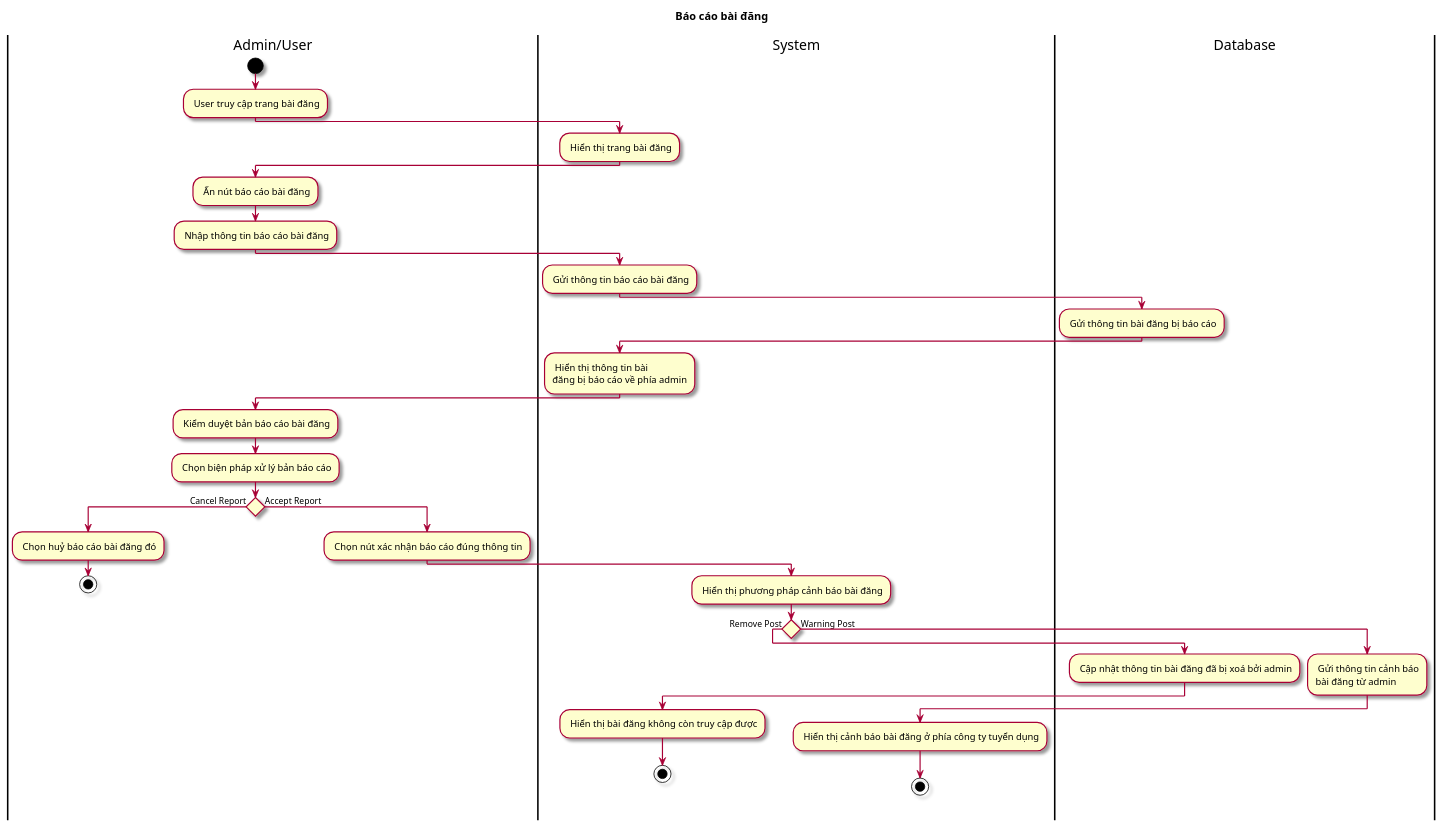
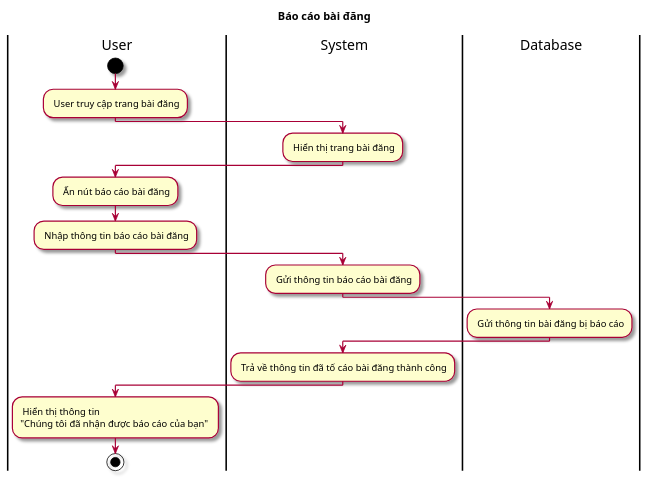
Before and after one commit to Griselda4774/EAS-EmploymentAssistanceSystem: the diagram in Lab1/Lab 1.2 Diagram/Activity/FileUML/4.1 ActBaoCaoBaiDang.puml, drawn with PlantUML. The commit also changed 19 other files, not shown here.

```diff
--- a/Lab1/Lab 1.2 Diagram/Activity/FileUML/4.1 ActBaoCaoBaiDang.puml
+++ b/Lab1/Lab 1.2 Diagram/Activity/FileUML/4.1 ActBaoCaoBaiDang.puml
@@ -1,41 +1,23 @@
 @startuml ActBaoCaoBaiDang
 skin rose
 title Báo cáo bài đăng
-|Admin/User|
+|User|
 start
 : User truy cập trang bài đăng;
 |System|
 : Hiển thị trang bài đăng;
-|Admin/User|
+|User|
 : Ấn nút báo cáo bài đăng;
 : Nhập thông tin báo cáo bài đăng;
 |System|
 : Gửi thông tin báo cáo bài đăng;
 |Database|
 : Gửi thông tin bài đăng bị báo cáo;
 |System|
-: Hiển thị thông tin bài \nđăng bị báo cáo về phía admin;
-|Admin/User|
-: Kiểm duyệt bản báo cáo bài đăng;
-: Chọn biện pháp xử lý bản báo cáo;
-if () then (Cancel Report)
-: Chọn huỷ báo cáo bài đăng đó;
-stop
-else (Accept Report)
-: Chọn nút xác nhận báo cáo đúng thông tin;
-|System|
-: Hiển thị phương pháp cảnh báo bài đăng;
-if () then (Remove Post)
-|Database|
-: Cập nhật thông tin bài đăng đã bị xoá bởi admin;
-|System|
-: Hiển thị bài đăng không còn truy cập được;
-stop
-else (Warning Post)
-|Database|
-: Gửi thông tin cảnh báo\nbài đăng từ admin;
-|System|
-: Hiển thị cảnh báo bài đăng ở phía công ty tuyển dụng;
+: Trả về thông tin đã tố cáo bài đăng thành công;
+|User|
+: Hiển thị thông tin \n"Chúng tôi đã nhận được báo cáo của bạn" ;
+
 stop
 
 @enduml
```
